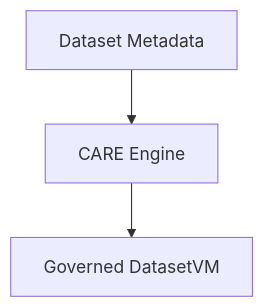
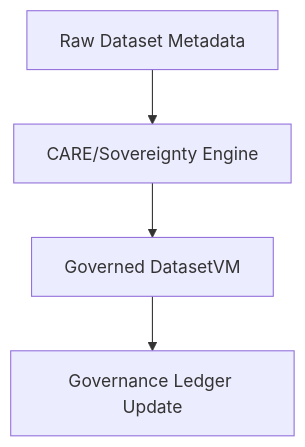
Before and after one commit to bartytime4life/Kansas-Frontier-Matrix: the second of 3 diagrams in web/src/entities/datasets/README.md, drawn with Mermaid. The commit also changed other lines of this file, not shown here.

````diff
--- a/web/src/entities/datasets/README.md
+++ b/web/src/entities/datasets/README.md
@@ -173,5 +260,6 @@
-```mermaid
+~~~mermaid
 flowchart TD
-    META["Dataset Metadata"] --> CAREENGINE["CARE Engine"]
-    CAREENGINE --> OUT["Governed DatasetVM"]
-```
+    META["Raw Dataset Metadata"] --> CAREENGINE["CARE/Sovereignty Engine"]
+    CAREENGINE --> GOVVM["Governed DatasetVM"]
+    GOVVM --> LEDGER["Governance Ledger Update"]
+~~~
````
